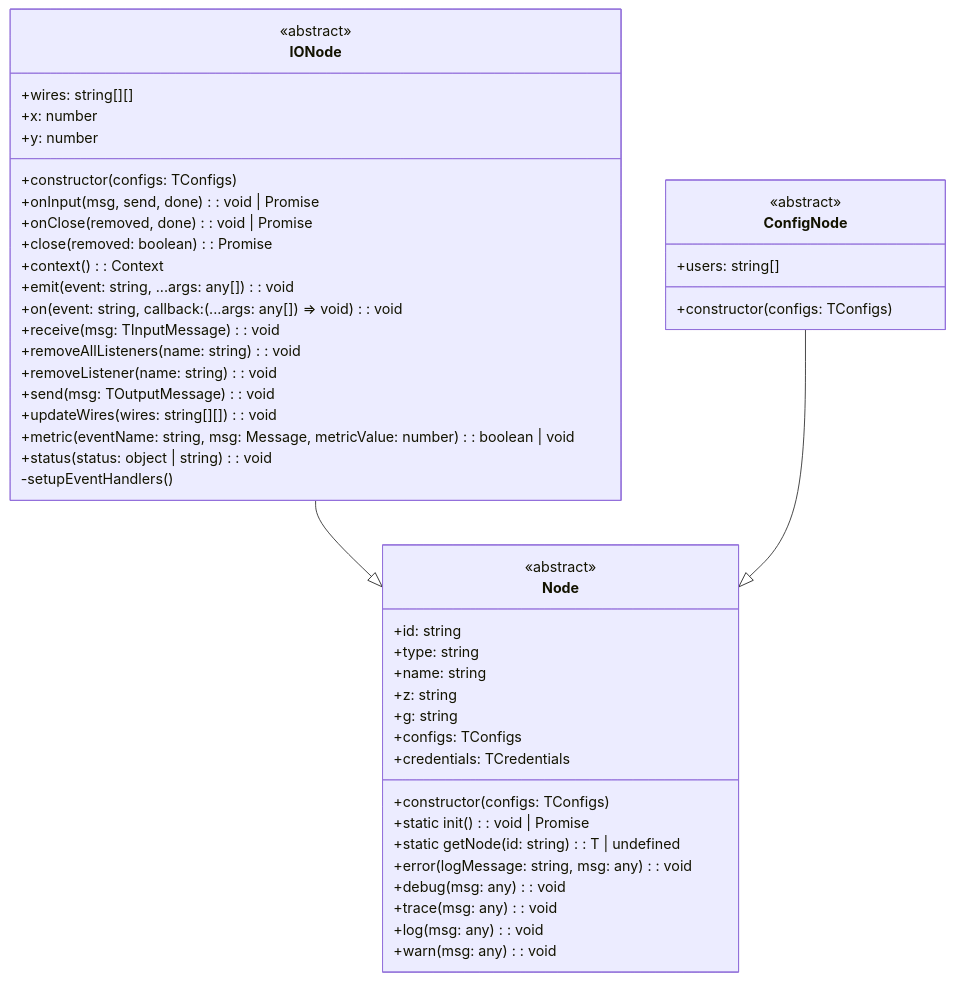
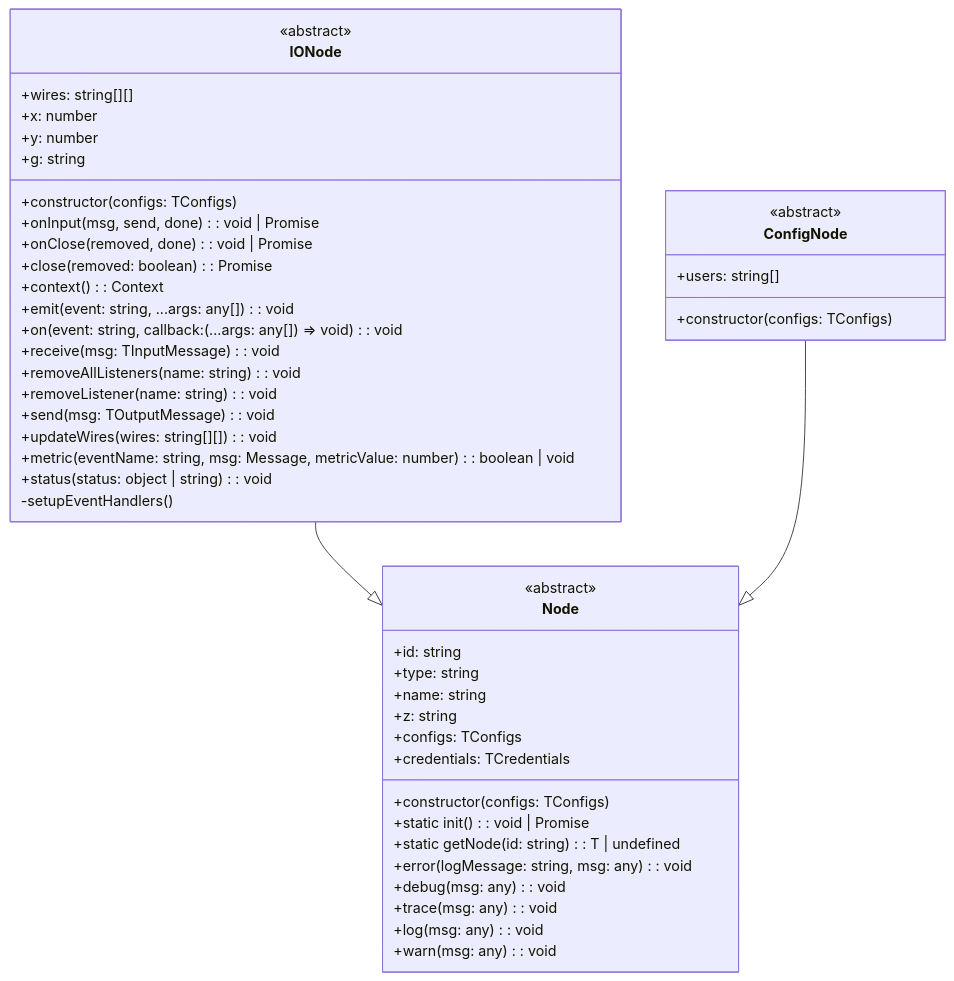
The diagram in README.md (AllanOricil/node-red-vue-template), drawn with Mermaid before and after one commit. The commit also changed other lines of this file and 4 other files, not shown here.

Commit message:
fix: remove g property from config node schema

````diff
--- a/README.md
+++ b/README.md
@@ -95,52 +95,52 @@
 ```mermaid
 classDiagram
 class Node {
   <<abstract>>
   +id: string
   +type: string
   +name: string
   +z: string
-  +g: string
   +configs: TConfigs
   +credentials: TCredentials
   +constructor(configs: TConfigs)
   +static init(): void | Promise<void>
   +static getNode<T>(id: string): T | undefined
   +error(logMessage: string, msg: any): void
   +debug(msg: any): void
   +trace(msg: any): void
   +log(msg: any): void
   +warn(msg: any): void
 }
 
 class IONode {
   <<abstract>>
   +wires: string[][]
   +x: number
   +y: number
+  +g: string
   +constructor(configs: TConfigs)
   +onInput(msg, send, done): void | Promise<void>
   +onClose(removed, done): void | Promise<void>
   +close(removed: boolean): Promise<void>
   +context(): Context
   +emit(event: string, ...args: any[]): void
   +on(event: string, callback: (...args: any[]) => void): void
   +receive(msg: TInputMessage): void
   +removeAllListeners(name: string): void
   +removeListener(name: string): void
   +send(msg: TOutputMessage): void
   +updateWires(wires: string[][]): void
   +metric(eventName: string, msg: Message, metricValue: number): boolean | void
   +status(status: object | string): void
   -setupEventHandlers()
 }
 
 class ConfigNode {
   <<abstract>>
   +users: string[]
   +constructor(configs: TConfigs)
 }
 
 IONode --|> Node
 ConfigNode --|> Node
 ```
````
